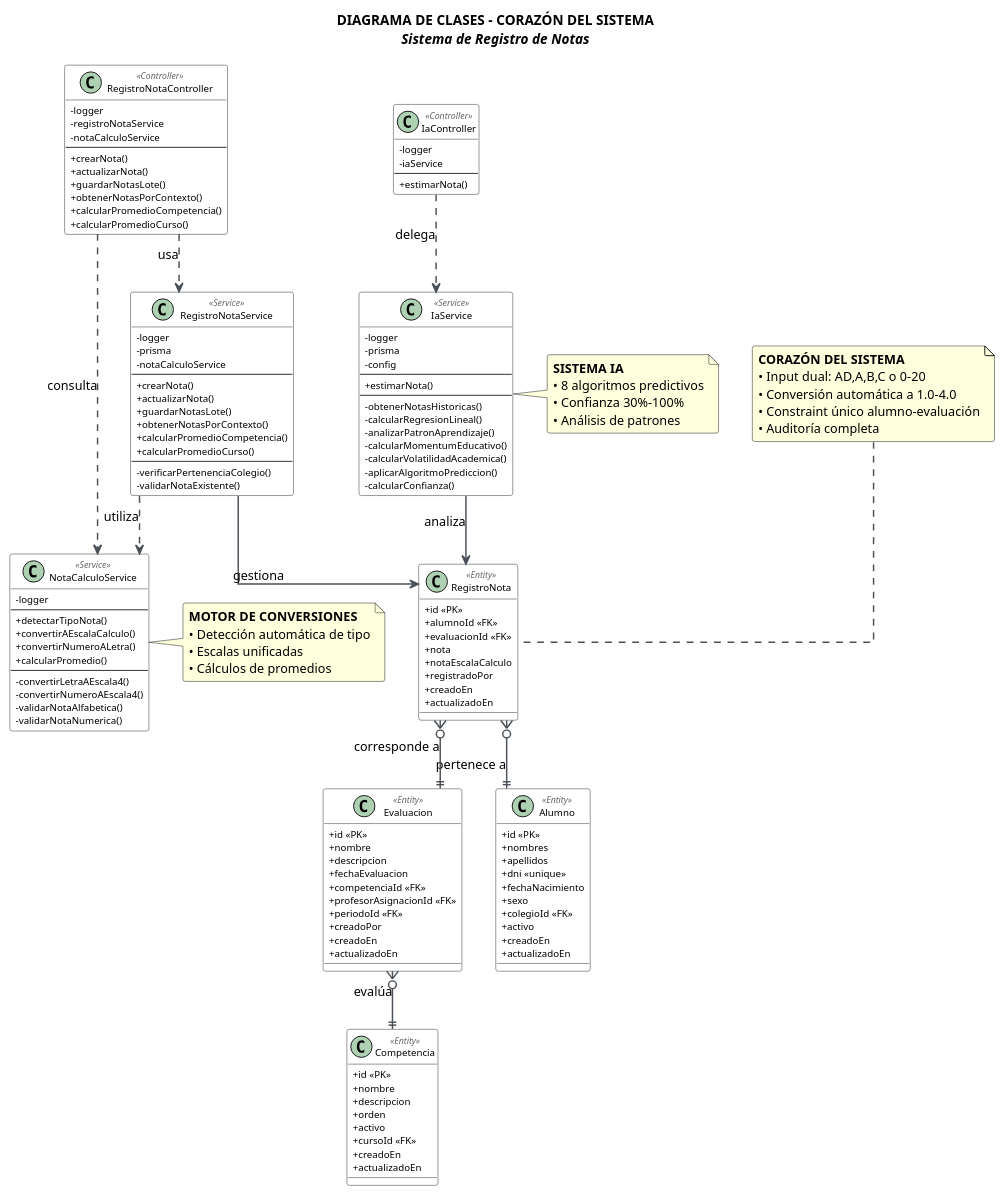
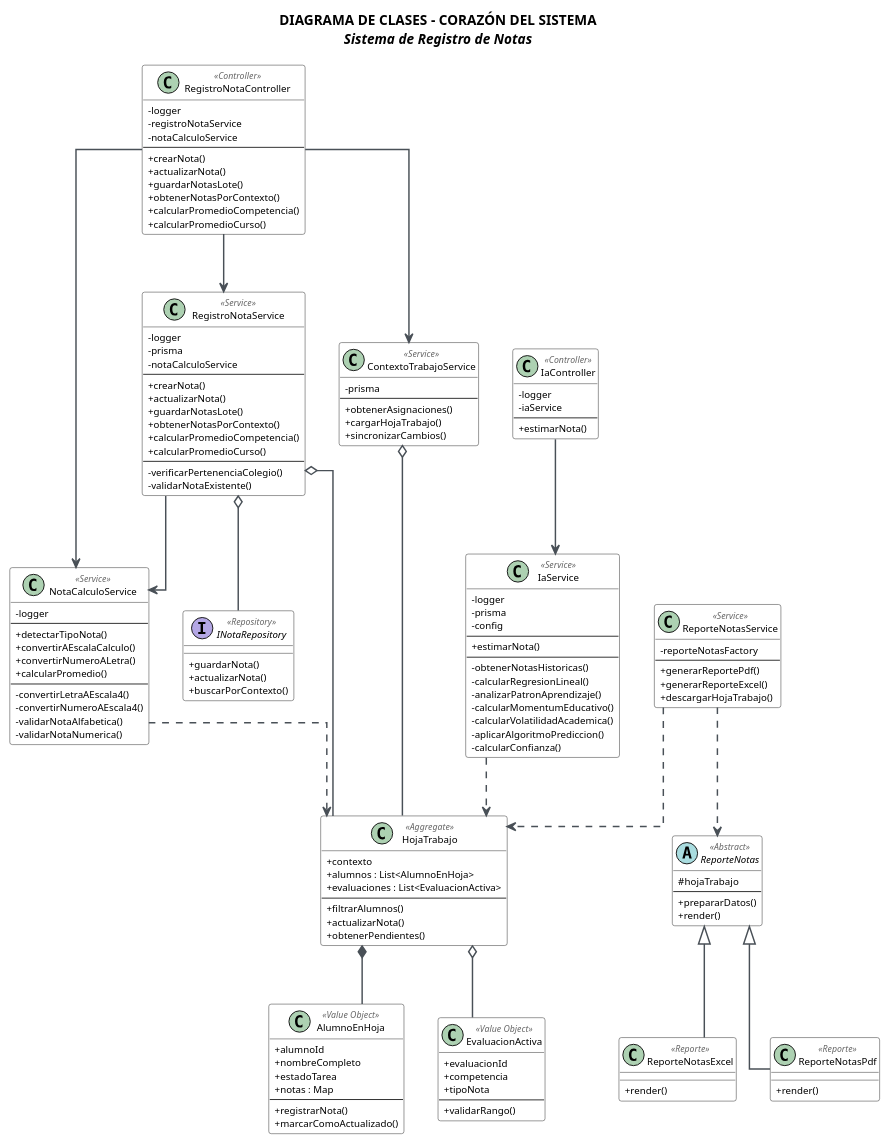
Before and after one commit to CondePlocs/sistemnotas: the diagram in diagramas/registro-notas/clases-registro-notas.puml, drawn with PlantUML. The commit also changed 1 other file, not shown here.

```diff
--- a/diagramas/registro-notas/clases-registro-notas.puml
+++ b/diagramas/registro-notas/clases-registro-notas.puml
@@ -1,160 +1,178 @@
 @startuml Diagrama de Clases - Sistema de Registro de Notas
 
 skinparam {
     ClassBackgroundColor #FFFFFF
     ClassBorderColor #2E2E2E
     ClassFontSize 11
     ClassAttributeFontSize 10
     ClassStereotypeFontSize 9
     
     ArrowColor #495057
     ArrowThickness 1.5
     
     Shadowing false
     RoundCorner 5
     Linetype ortho
     
     ClassAttributeIconSize 0
     ClassStereotypeFontColor #666666
 }
 
 title **DIAGRAMA DE CLASES - CORAZÓN DEL SISTEMA**\n//Sistema de Registro de Notas//
 
 ' LAYOUT ORGANIZADO - CONTROLADORES ARRIBA
 class RegistroNotaController <<Controller>> {
     {field} -logger
     {field} -registroNotaService
     {field} -notaCalculoService
     --
     {method} +crearNota()
     {method} +actualizarNota()
     {method} +guardarNotasLote()
     {method} +obtenerNotasPorContexto()
     {method} +calcularPromedioCompetencia()
     {method} +calcularPromedioCurso()
 }
 
 class IaController <<Controller>> {
     {field} -logger
     {field} -iaService
     --
     {method} +estimarNota()
 }
 
 ' SERVICIOS EN EL CENTRO
 class RegistroNotaService <<Service>> {
     {field} -logger
     {field} -prisma
     {field} -notaCalculoService
     --
     {method} +crearNota()
     {method} +actualizarNota()
     {method} +guardarNotasLote()
     {method} +obtenerNotasPorContexto()
     {method} +calcularPromedioCompetencia()
     {method} +calcularPromedioCurso()
     --
     {method} -verificarPertenenciaColegio()
     {method} -validarNotaExistente()
 }
 
 class NotaCalculoService <<Service>> {
     {field} -logger
     --
     {method} +detectarTipoNota()
     {method} +convertirAEscalaCalculo()
     {method} +convertirNumeroALetra()
     {method} +calcularPromedio()
     --
     {method} -convertirLetraAEscala4()
     {method} -convertirNumeroAEscala4()
     {method} -validarNotaAlfabetica()
     {method} -validarNotaNumerica()
 }
 
 class IaService <<Service>> {
     {field} -logger
     {field} -prisma
     {field} -config
     --
     {method} +estimarNota()
     --
     {method} -obtenerNotasHistoricas()
     {method} -calcularRegresionLineal()
     {method} -analizarPatronAprendizaje()
     {method} -calcularMomentumEducativo()
     {method} -calcularVolatilidadAcademica()
     {method} -aplicarAlgoritmoPrediccion()
     {method} -calcularConfianza()
 }
 
-' ENTIDADES ABAJO
-class RegistroNota <<Entity>> {
-    {field} +id <<PK>>
-    {field} +alumnoId <<FK>>
-    {field} +evaluacionId <<FK>>
-    {field} +nota
-    {field} +notaEscalaCalculo
-    {field} +registradoPor
-    {field} +creadoEn
-    {field} +actualizadoEn
+class ContextoTrabajoService <<Service>> {
+    {field} -prisma
+    --
+    {method} +obtenerAsignaciones()
+    {method} +cargarHojaTrabajo()
+    {method} +sincronizarCambios()
 }
 
-class Evaluacion <<Entity>> {
-    {field} +id <<PK>>
-    {field} +nombre
-    {field} +descripcion
-    {field} +fechaEvaluacion
-    {field} +competenciaId <<FK>>
-    {field} +profesorAsignacionId <<FK>>
-    {field} +periodoId <<FK>>
-    {field} +creadoPor
-    {field} +creadoEn
-    {field} +actualizadoEn
+class ReporteNotasService <<Service>> {
+    {field} -reporteNotasFactory
+    --
+    {method} +generarReportePdf()
+    {method} +generarReporteExcel()
+    {method} +descargarHojaTrabajo()
 }
 
-class Alumno <<Entity>> {
-    {field} +id <<PK>>
-    {field} +nombres
-    {field} +apellidos
-    {field} +dni <<unique>>
-    {field} +fechaNacimiento
-    {field} +sexo
-    {field} +colegioId <<FK>>
-    {field} +activo
-    {field} +creadoEn
-    {field} +actualizadoEn
+interface INotaRepository <<Repository>> {
+    +guardarNota()
+    +actualizarNota()
+    +buscarPorContexto()
 }
 
-class Competencia <<Entity>> {
-    {field} +id <<PK>>
-    {field} +nombre
-    {field} +descripcion
-    {field} +orden
-    {field} +activo
-    {field} +cursoId <<FK>>
-    {field} +creadoEn
-    {field} +actualizadoEn
+class HojaTrabajo <<Aggregate>> {
+    {field} +contexto
+    {field} +alumnos : List<AlumnoEnHoja>
+    {field} +evaluaciones : List<EvaluacionActiva>
+    --
+    {method} +filtrarAlumnos()
+    {method} +actualizarNota()
+    {method} +obtenerPendientes()
+}
+
+class AlumnoEnHoja <<Value Object>> {
+    {field} +alumnoId
+    {field} +nombreCompleto
+    {field} +estadoTarea
+    {field} +notas : Map
+    --
+    {method} +registrarNota()
+    {method} +marcarComoActualizado()
+}
+
+class EvaluacionActiva <<Value Object>> {
+    {field} +evaluacionId
+    {field} +competencia
+    {field} +tipoNota
+    --
+    {method} +validarRango()
+}
+
+abstract class ReporteNotas <<Abstract>> {
+    {field} #hojaTrabajo
+    --
+    {method} +prepararDatos()
+    {method} +render()
+}
+
+class ReporteNotasExcel <<Reporte>> {
+    {method} +render()
+}
+
+class ReporteNotasPdf <<Reporte>> {
+    {method} +render()
 }
 
 ' RELACIONES ORGANIZADAS
-RegistroNotaController ..> RegistroNotaService : "usa"
-RegistroNotaController ..> NotaCalculoService : "consulta"
-IaController ..> IaService : "delega"
+RegistroNotaController --> RegistroNotaService
+RegistroNotaController --> NotaCalculoService
+RegistroNotaController --> ContextoTrabajoService
+IaController --> IaService
 
-RegistroNotaService ..> NotaCalculoService : "utiliza"
-RegistroNotaService --> RegistroNota : "gestiona"
-IaService --> RegistroNota : "analiza"
+RegistroNotaService --> NotaCalculoService
+RegistroNotaService o-- HojaTrabajo
+RegistroNotaService o-- INotaRepository
+ContextoTrabajoService o-- HojaTrabajo
+ReporteNotasService ..> HojaTrabajo
+ReporteNotasService ..> ReporteNotas
+NotaCalculoService ..> HojaTrabajo
+IaService ..> HojaTrabajo
 
-RegistroNota }o--|| Alumno : "pertenece a"
-RegistroNota }o--|| Evaluacion : "corresponde a"
-Evaluacion }o--|| Competencia : "evalúa"
+HojaTrabajo *-- AlumnoEnHoja
+HojaTrabajo o-- EvaluacionActiva
+ReporteNotas <|-- ReporteNotasExcel
+ReporteNotas <|-- ReporteNotasPdf
 
-' NOTAS EXPLICATIVAS
-note top of RegistroNota : **CORAZÓN DEL SISTEMA**\n• Input dual: AD,A,B,C o 0-20\n• Conversión automática a 1.0-4.0\n• Constraint único alumno-evaluación\n• Auditoría completa
-
-note right of NotaCalculoService : **MOTOR DE CONVERSIONES**\n• Detección automática de tipo\n• Escalas unificadas\n• Cálculos de promedios
-
-note right of IaService : **SISTEMA IA**\n• 8 algoritmos predictivos\n• Confianza 30%-100%\n• Análisis de patrones
+'
 
 @enduml
```
